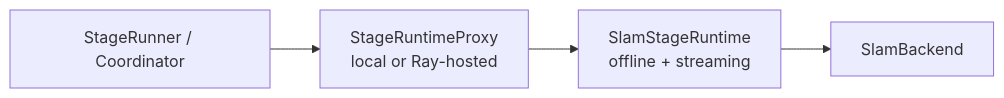
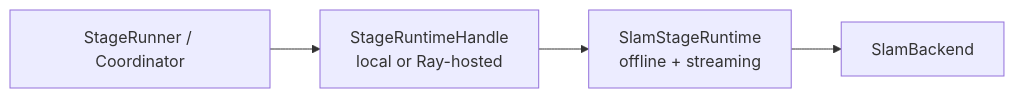
Before and after one commit to JanDuchscherer104/prml-vslam: the seventh of 18 diagrams in docs/architecture/pipeline-stage-refactor-target.md, drawn with Mermaid. The commit also changed other lines of this file and 26 other files, not shown here.

Commit message:
docs: update stage ownership architecture

````diff
--- a/docs/architecture/pipeline-stage-refactor-target.md
+++ b/docs/architecture/pipeline-stage-refactor-target.md
@@ -862,9 +862,9 @@
 ```mermaid
 flowchart LR
     Runner["StageRunner / Coordinator"]
-    Proxy["StageRuntimeProxy<br/>local or Ray-hosted"]
+    Proxy["StageRuntimeHandle<br/>local or Ray-hosted"]
     SlamRuntime["SlamStageRuntime<br/>offline + streaming"]
     SlamBackend["SlamBackend"]
 
     Runner --> Proxy --> SlamRuntime --> SlamBackend
 ```
````
